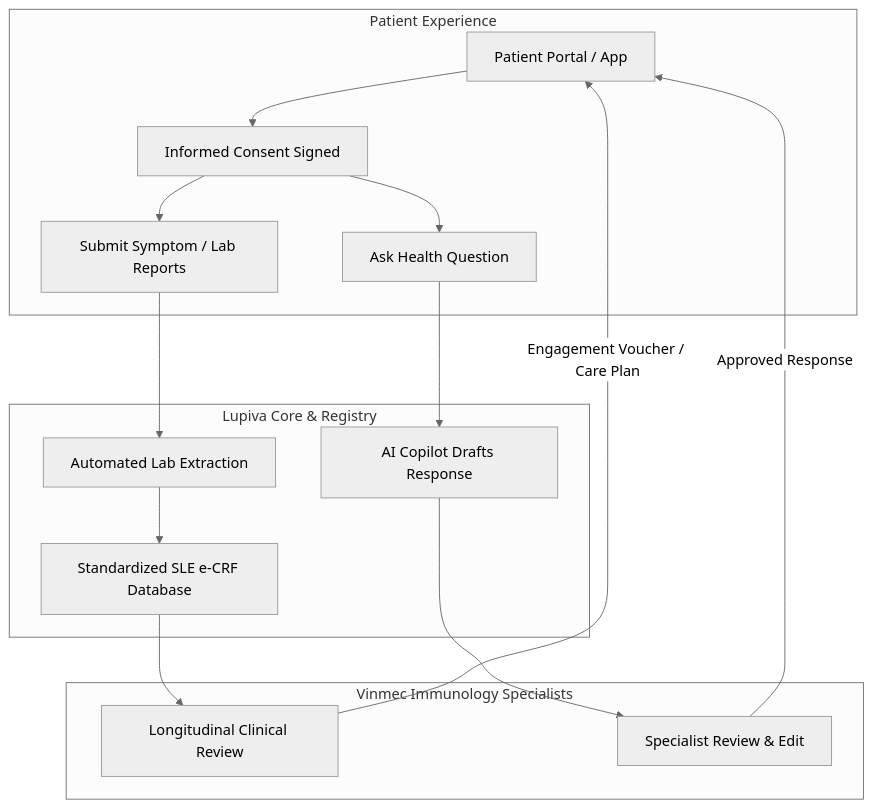
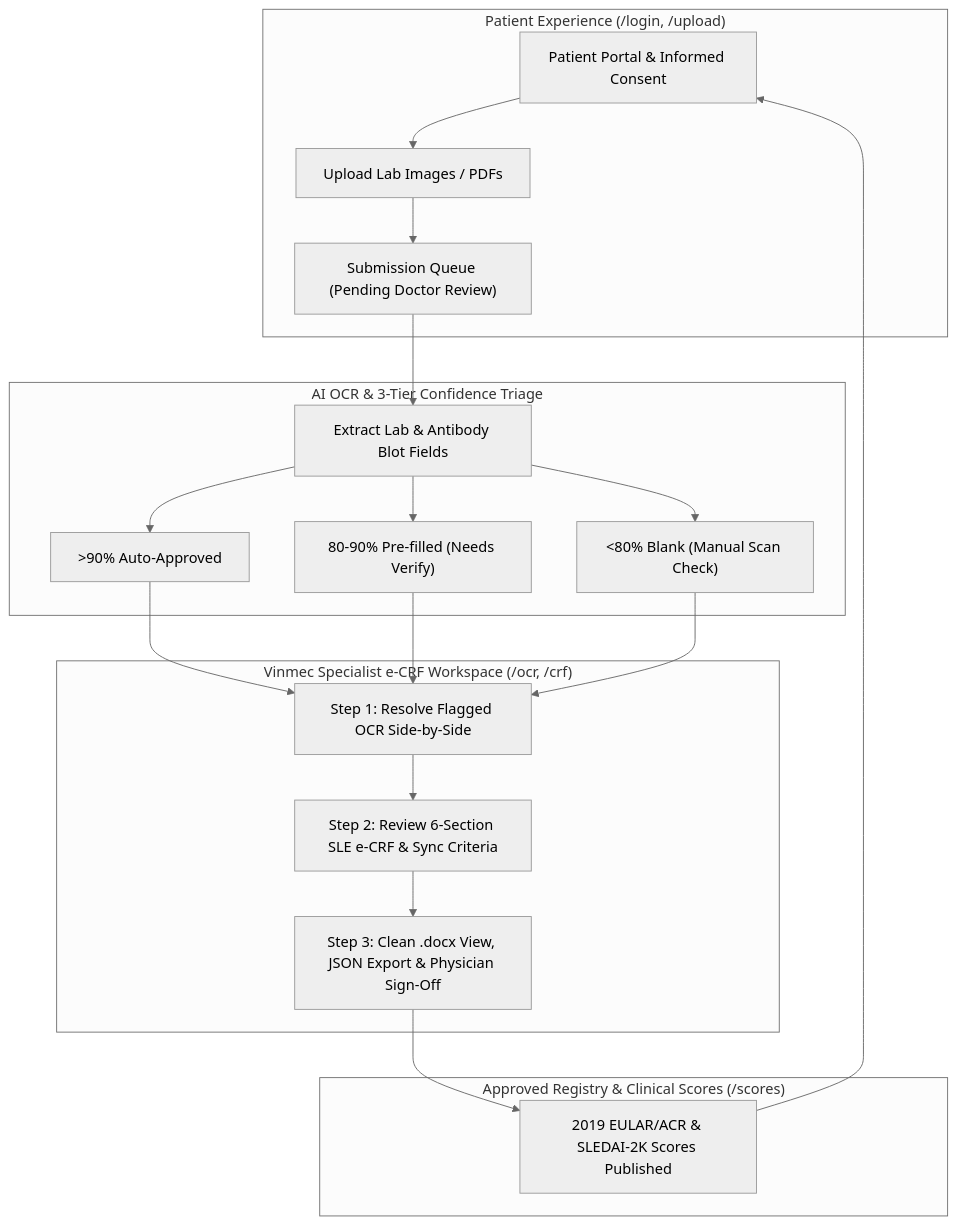
One commit to dlvanh/Lupiva changed the diagram in README.md. Above: the diagram before and after it, drawn with Mermaid (neutral theme). The commit also changed other lines of this file, not shown here.

Commit message:
docs: update README.md with role-restricted views and doctor submissions dashboard

````diff
--- a/README.md
+++ b/README.md
@@ -39,21 +51,25 @@
 ```mermaid
 flowchart TD
-    subgraph Patient["Patient Experience"]
-        P1["Patient Portal / App"] --> P2["Informed Consent Signed"]
-        P2 --> P3["Submit Symptom / Lab Reports"]
-        P2 --> P4["Ask Health Question"]
+    subgraph Patient["Patient Experience (/login, /upload)"]
+        P1["Patient Portal & Informed Consent"] --> P2["Upload Lab Images / PDFs"]
+        P2 --> P3["Submission Queue (Pending Doctor Review)"]
     end
 
-    subgraph DataEngine["Lupiva Core & Registry"]
-        P3 --> D1["Automated Lab Extraction"]
-        D1 --> D2["Standardized SLE e-CRF Database"]
-        P4 --> A1["AI Copilot Drafts Response"]
+    subgraph OcrEngine["AI OCR & 3-Tier Confidence Triage"]
+        P3 --> O1["Extract Lab & Antibody Blot Fields"]
+        O1 --> T1[">90% Auto-Approved"]
+        O1 --> T2["80-90% Pre-filled (Needs Verify)"]
+        O1 --> T3["<80% Blank (Manual Scan Check)"]
     end
 
-    subgraph Clinical["Vinmec Immunology Specialists"]
-        D2 --> Doc1["Longitudinal Clinical Review"]
-        A1 --> Doc2["Specialist Review & Edit"]
-        Doc2 -- "Approved Response" --> P1
-        Doc1 -- "Engagement Voucher / Care Plan" --> P1
+    subgraph Clinical["Vinmec Specialist e-CRF Workspace (/ocr, /crf)"]
+        T1 & T2 & T3 --> D1["Step 1: Resolve Flagged OCR Side-by-Side"]
+        D1 --> D2["Step 2: Review 6-Section SLE e-CRF & Sync Criteria"]
+        D2 --> D3["Step 3: Clean .docx View, JSON Export & Physician Sign-Off"]
+    end
+
+    subgraph Output["Approved Registry & Clinical Scores (/scores)"]
+        D3 --> S1["2019 EULAR/ACR & SLEDAI-2K Scores Published"]
+        S1 --> P1
     end
 ```
````
